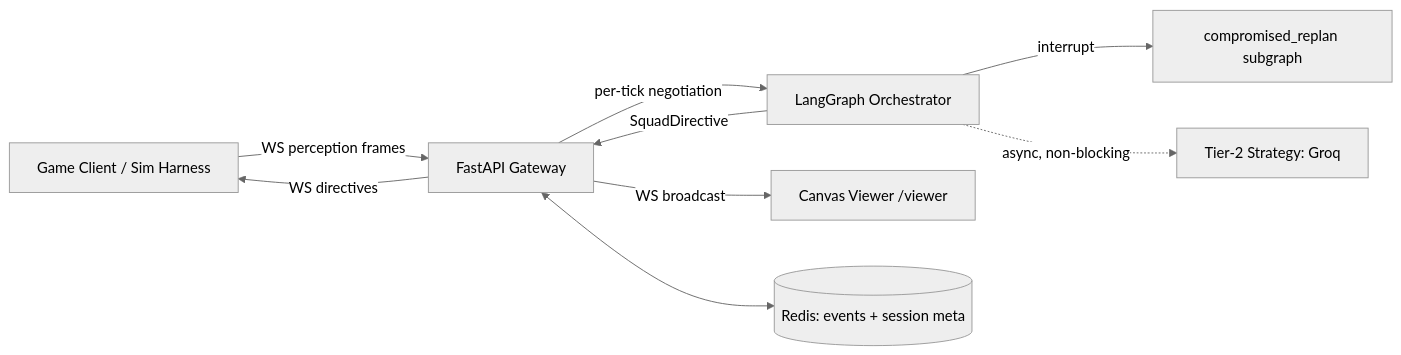
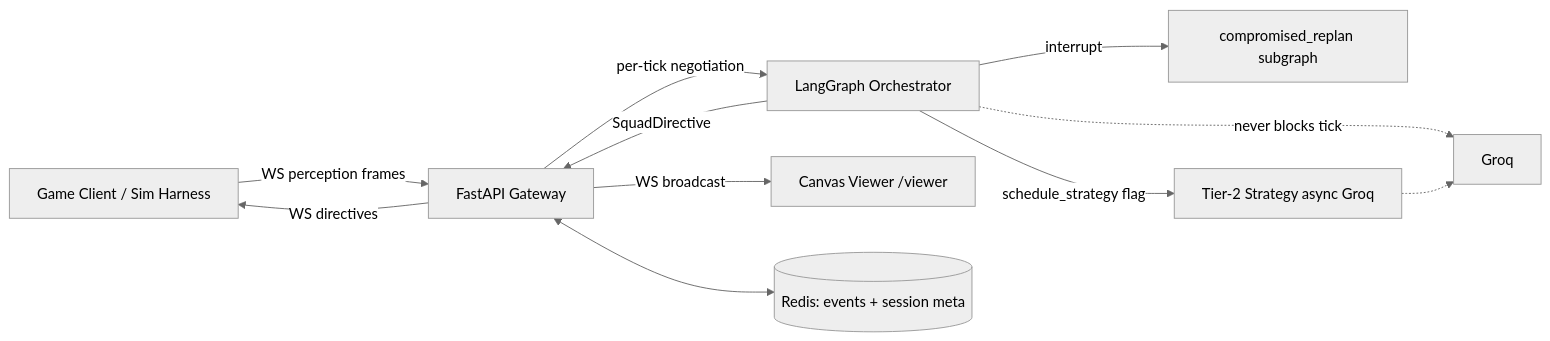
One commit to ankitpatil3003/TactixNet changed the first of 3 diagrams in README.md. Above: the diagram before and after it, drawn with Mermaid (neutral theme). The commit also changed other lines of this file and 16 other files, not shown here.

````diff
--- a/README.md
+++ b/README.md
@@ -25,11 +25,13 @@
 ```mermaid
 flowchart LR
     Client[Game Client / Sim Harness] -->|WS perception frames| Gateway[FastAPI Gateway]
     Gateway -->|per-tick negotiation| Graph[LangGraph Orchestrator]
     Graph -->|interrupt| Replan[compromised_replan subgraph]
-    Graph -.->|async, non-blocking| LLM[Tier-2 Strategy: Groq]
+    Graph -->|schedule_strategy flag| StrategyAsync[Tier-2 Strategy async Groq]
+    Graph -.->|never blocks tick| LLM[Groq]
+    StrategyAsync -.-> LLM
     Graph -->|SquadDirective| Gateway
     Gateway -->|WS directives| Client
     Gateway -->|WS broadcast| Viewer[Canvas Viewer /viewer]
     Gateway <--> Redis[(Redis: events + session meta)]
 ```
````
